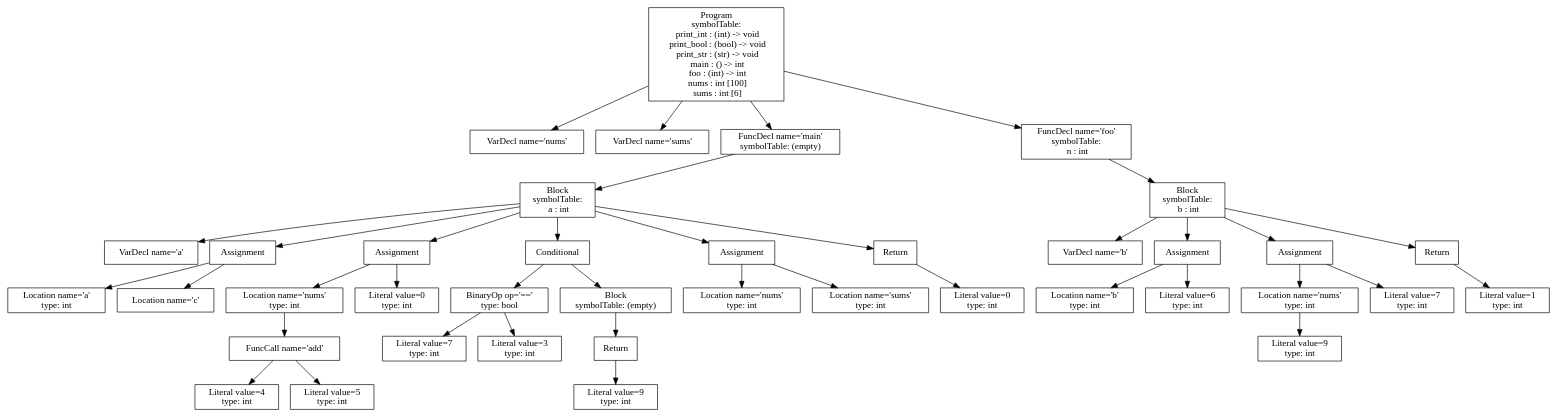
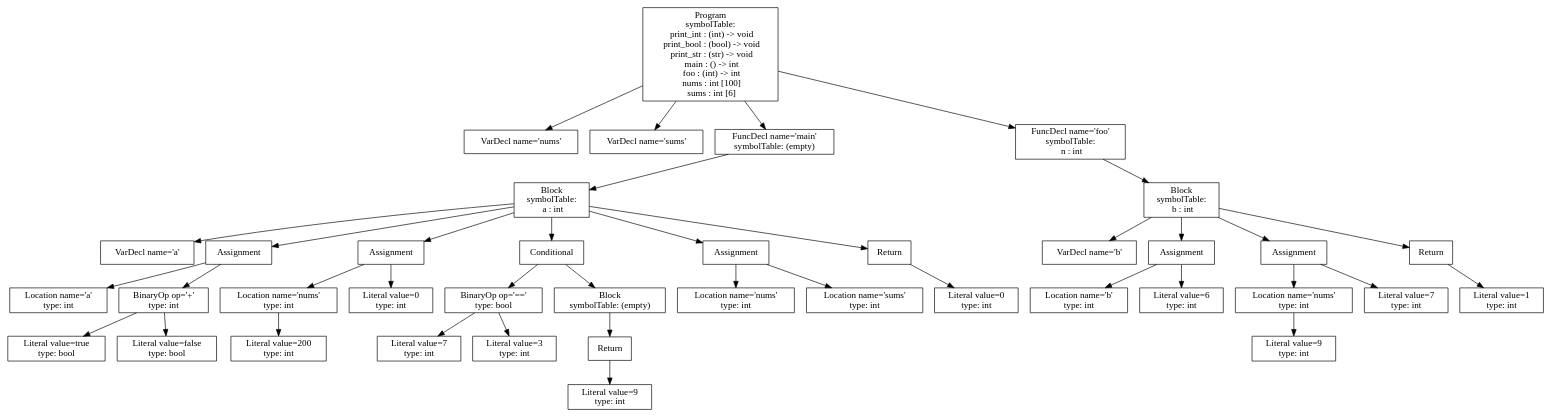
The diagram in tree.dot (phamml/p3-analysis), drawn with Graphviz before and after one commit. The commit also changed 8 other files, not shown here.

```diff
--- a/tree.dot
+++ b/tree.dot
@@ -1,79 +1,79 @@
 digraph AST {
 1 [shape=box, label="VarDecl name='nums'"];
 2 [shape=box, label="VarDecl name='sums'"];
 5 [shape=box, label="VarDecl name='a'"];
 7 [shape=box, label="Location name='a'\ntype: int"];
-8 [shape=box, label="Location name='c'"];
+9 [shape=box, label="Literal value=true\ntype: bool"];
+10 [shape=box, label="Literal value=false\ntype: bool"];
+8 [shape=box, label="BinaryOp op='+'\ntype: int"];
+8 -> 9;
+8 -> 10;
 6 [shape=box, label="Assignment"];
 6 -> 7;
 6 -> 8;
-12 [shape=box, label="Literal value=4\ntype: int"];
-13 [shape=box, label="Literal value=5\ntype: int"];
-11 [shape=box, label="FuncCall name='add'"];
+13 [shape=box, label="Literal value=200\ntype: int"];
+12 [shape=box, label="Location name='nums'\ntype: int"];
+12 -> 13;
+14 [shape=box, label="Literal value=0\ntype: int"];
+11 [shape=box, label="Assignment"];
 11 -> 12;
-11 -> 13;
-10 [shape=box, label="Location name='nums'\ntype: int"];
-10 -> 11;
-14 [shape=box, label="Literal value=0\ntype: int"];
-9 [shape=box, label="Assignment"];
-9 -> 10;
-9 -> 14;
+11 -> 14;
 17 [shape=box, label="Literal value=7\ntype: int"];
 18 [shape=box, label="Literal value=3\ntype: int"];
 16 [shape=box, label="BinaryOp op='=='\ntype: bool"];
 16 -> 17;
 16 -> 18;
 21 [shape=box, label="Literal value=9\ntype: int"];
 20 [shape=box, label="Return"];
 20 -> 21;
 19 [shape=box, label="Block\nsymbolTable: (empty)"];
 19 -> 20;
 15 [shape=box, label="Conditional"];
 15 -> 16;
 15 -> 19;
 23 [shape=box, label="Location name='nums'\ntype: int"];
 24 [shape=box, label="Location name='sums'\ntype: int"];
 22 [shape=box, label="Assignment"];
 22 -> 23;
 22 -> 24;
 26 [shape=box, label="Literal value=0\ntype: int"];
 25 [shape=box, label="Return"];
 25 -> 26;
 4 [shape=box, label="Block\nsymbolTable: \n  a : int"];
 4 -> 5;
 4 -> 6;
-4 -> 9;
+4 -> 11;
 4 -> 15;
 4 -> 22;
 4 -> 25;
 3 [shape=box, label="FuncDecl name='main'\nsymbolTable: (empty)"];
 3 -> 4;
 29 [shape=box, label="VarDecl name='b'"];
 31 [shape=box, label="Location name='b'\ntype: int"];
 32 [shape=box, label="Literal value=6\ntype: int"];
 30 [shape=box, label="Assignment"];
 30 -> 31;
 30 -> 32;
 35 [shape=box, label="Literal value=9\ntype: int"];
 34 [shape=box, label="Location name='nums'\ntype: int"];
 34 -> 35;
 36 [shape=box, label="Literal value=7\ntype: int"];
 33 [shape=box, label="Assignment"];
 33 -> 34;
 33 -> 36;
 38 [shape=box, label="Literal value=1\ntype: int"];
 37 [shape=box, label="Return"];
 37 -> 38;
 28 [shape=box, label="Block\nsymbolTable: \n  b : int"];
 28 -> 29;
 28 -> 30;
 28 -> 33;
 28 -> 37;
 27 [shape=box, label="FuncDecl name='foo'\nsymbolTable: \n  n : int"];
 27 -> 28;
 0 [shape=box, label="Program\nsymbolTable: \n  print_int : (int) -> void\n  print_bool : (bool) -> void\n  print_str : (str) -> void\n  main : () -> int\n  foo : (int) -> int\n  nums : int [100]\n  sums : int [6]"];
 0 -> 1;
 0 -> 2;
 0 -> 3;
 0 -> 27;
 }
```
